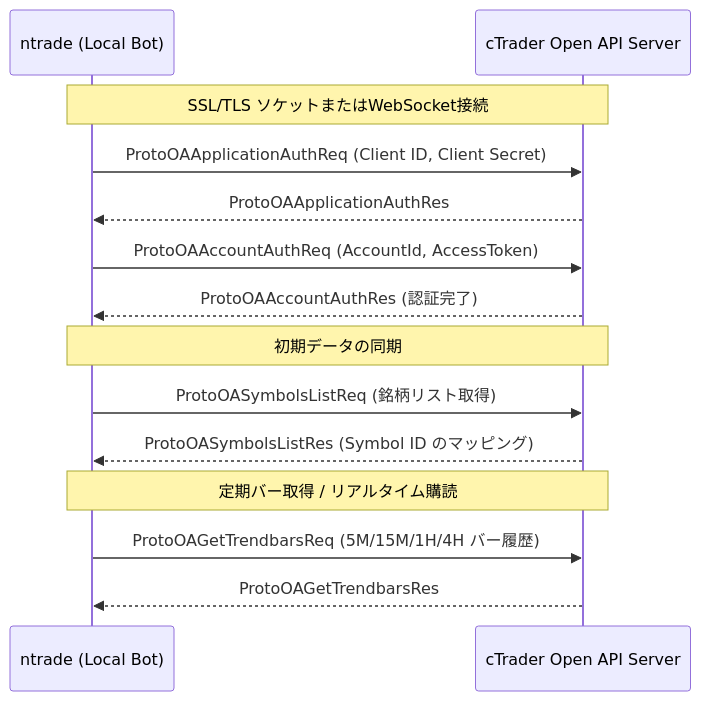
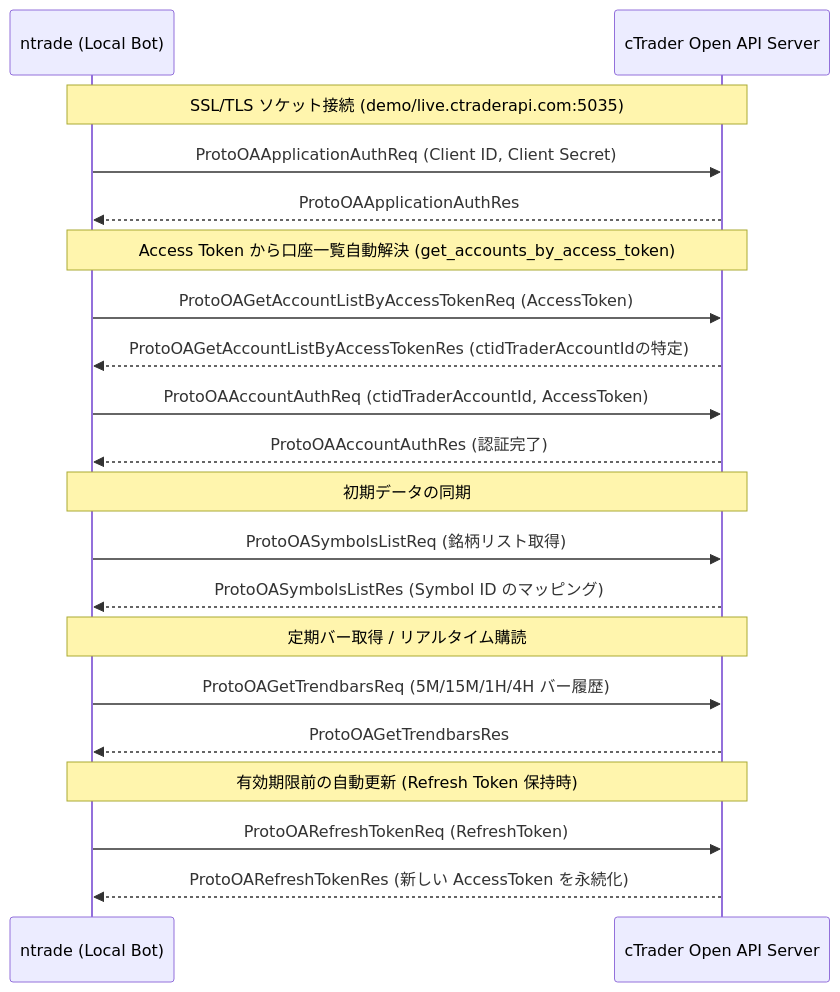
Before and after one commit to taiki-nd/ntrade: the second of 2 diagrams in docs/03_ctrader_spec.md, drawn with Mermaid. The commit also changed other lines of this file and 35 other files, not shown here.

First line of the commit message:
feat: cTrader connection, PA feature pipeline, chart plotter, Axum API and dashboard integration (Step 3-5)

````diff
--- a/docs/03_ctrader_spec.md
+++ b/docs/03_ctrader_spec.md
@@ -16,20 +38,28 @@
 ```mermaid
 sequenceDiagram
     participant Bot as ntrade (Local Bot)
     participant cTrader as cTrader Open API Server
 
-    Note over Bot,cTrader: SSL/TLS ソケットまたはWebSocket接続
+    Note over Bot,cTrader: SSL/TLS ソケット接続 (demo/live.ctraderapi.com:5035)
     Bot->>cTrader: ProtoOAApplicationAuthReq (Client ID, Client Secret)
     cTrader-->>Bot: ProtoOAApplicationAuthRes
     
-    Bot->>cTrader: ProtoOAAccountAuthReq (AccountId, AccessToken)
+    Note over Bot,cTrader: Access Token から口座一覧自動解決 (get_accounts_by_access_token)
+    Bot->>cTrader: ProtoOAGetAccountListByAccessTokenReq (AccessToken)
+    cTrader-->>Bot: ProtoOAGetAccountListByAccessTokenRes (ctidTraderAccountIdの特定)
+
+    Bot->>cTrader: ProtoOAAccountAuthReq (ctidTraderAccountId, AccessToken)
     cTrader-->>Bot: ProtoOAAccountAuthRes (認証完了)
     
     Note over Bot,cTrader: 初期データの同期
     Bot->>cTrader: ProtoOASymbolsListReq (銘柄リスト取得)
     cTrader-->>Bot: ProtoOASymbolsListRes (Symbol ID のマッピング)
     
     Note over Bot,cTrader: 定期バー取得 / リアルタイム購読
     Bot->>cTrader: ProtoOAGetTrendbarsReq (5M/15M/1H/4H バー履歴)
     cTrader-->>Bot: ProtoOAGetTrendbarsRes
+
+    Note over Bot,cTrader: 有効期限前の自動更新 (Refresh Token 保持時)
+    Bot->>cTrader: ProtoOARefreshTokenReq (RefreshToken)
+    cTrader-->>Bot: ProtoOARefreshTokenRes (新しい AccessToken を永続化)
 ```
````
